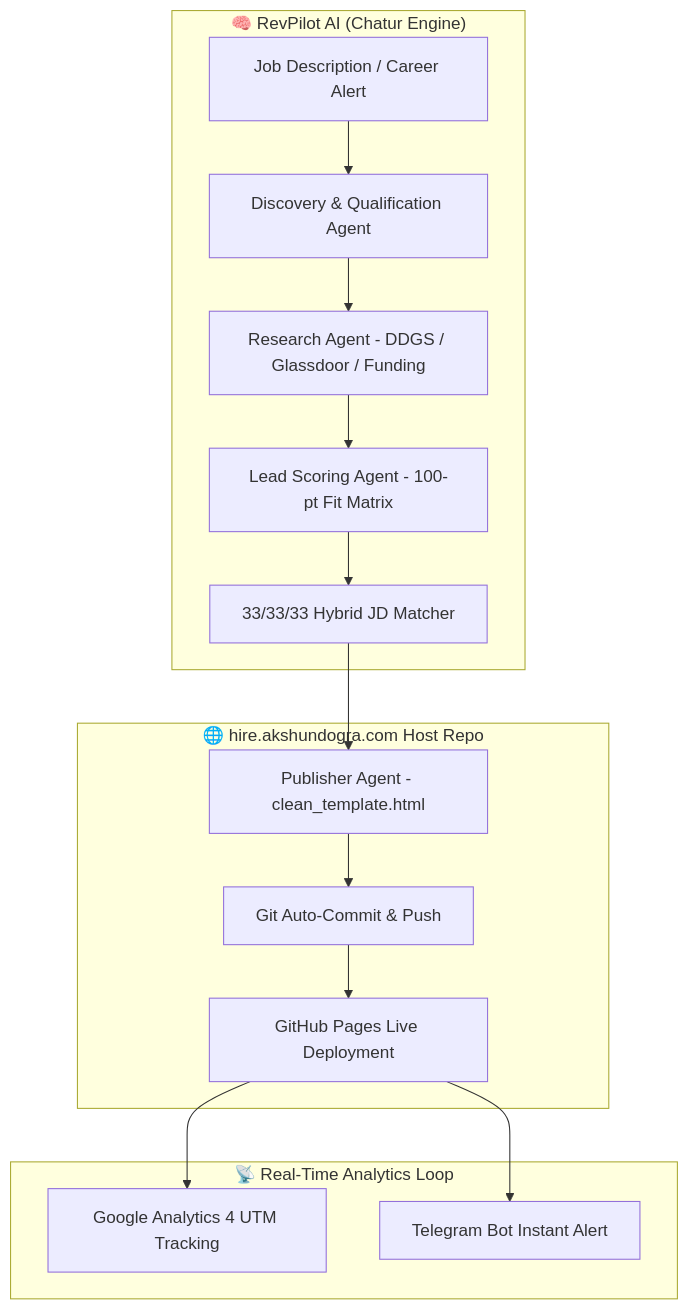
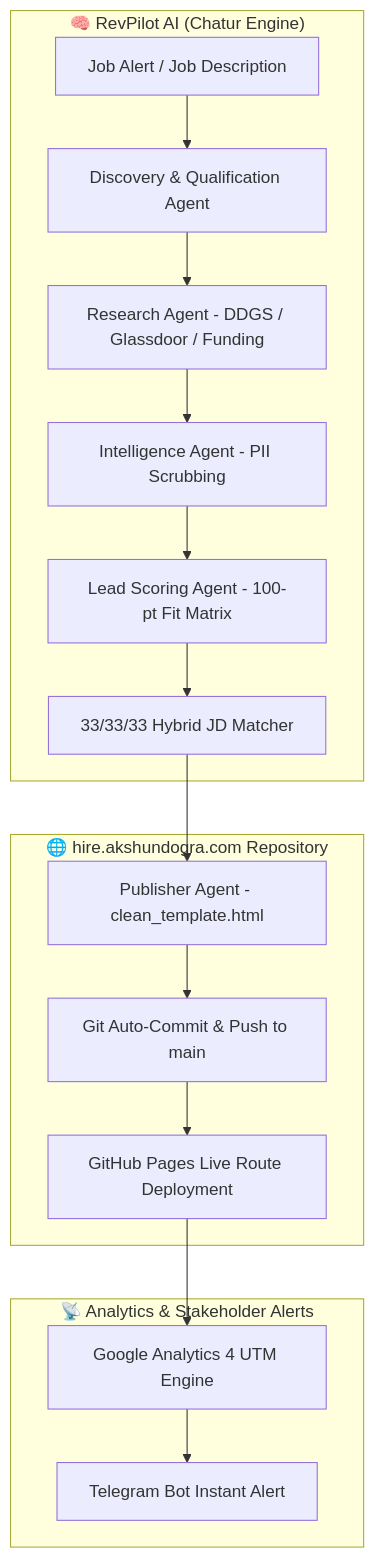
Before and after one commit to akshundogra/hire: the third of 4 diagrams in README.md, drawn with Mermaid. The commit also changed other lines of this file, not shown here.

Commit message:
docs: update README with Phase 1 n8n+Flask+ScreamingFrog and Phase 2 RevPilot AI architectures

````diff
--- a/README.md
+++ b/README.md
@@ -29,20 +65,21 @@
 ```mermaid
 graph TD
     subgraph Signal Intelligence Engine ["🧠 RevPilot AI (Chatur Engine)"]
-        JD[Job Description / Career Alert] --> Discovery[Discovery & Qualification Agent]
+        JD[Job Alert / Job Description] --> Discovery[Discovery & Qualification Agent]
         Discovery --> Research[Research Agent - DDGS / Glassdoor / Funding]
-        Research --> Scoring[Lead Scoring Agent - 100-pt Fit Matrix]
+        Research --> Intel[Intelligence Agent - PII Scrubbing]
+        Intel --> Scoring[Lead Scoring Agent - 100-pt Fit Matrix]
         Scoring --> Matcher[33/33/33 Hybrid JD Matcher]
     end
 
-    subgraph Publisher & Host ["🌐 hire.akshundogra.com Host Repo"]
+    subgraph Publisher & Deployment ["🌐 hire.akshundogra.com Repository"]
         Matcher --> Publisher[Publisher Agent - clean_template.html]
-        Publisher --> GitCommit[Git Auto-Commit & Push]
-        GitCommit --> GHPages[GitHub Pages Live Deployment]
+        Publisher --> GitCommit[Git Auto-Commit & Push to main]
+        GitCommit --> GHPages[GitHub Pages Live Route Deployment]
     end
 
-    subgraph Stakeholder Tracking ["📡 Real-Time Analytics Loop"]
-        GHPages --> GA4[Google Analytics 4 UTM Tracking]
-        GHPages --> Telegram[Telegram Bot Instant Alert]
+    subgraph Real-Time Telemetry ["📡 Analytics & Stakeholder Alerts"]
+        GHPages --> GA4[Google Analytics 4 UTM Engine]
+        GA4 --> Telegram[Telegram Bot Instant Alert]
     end
 ```
````
